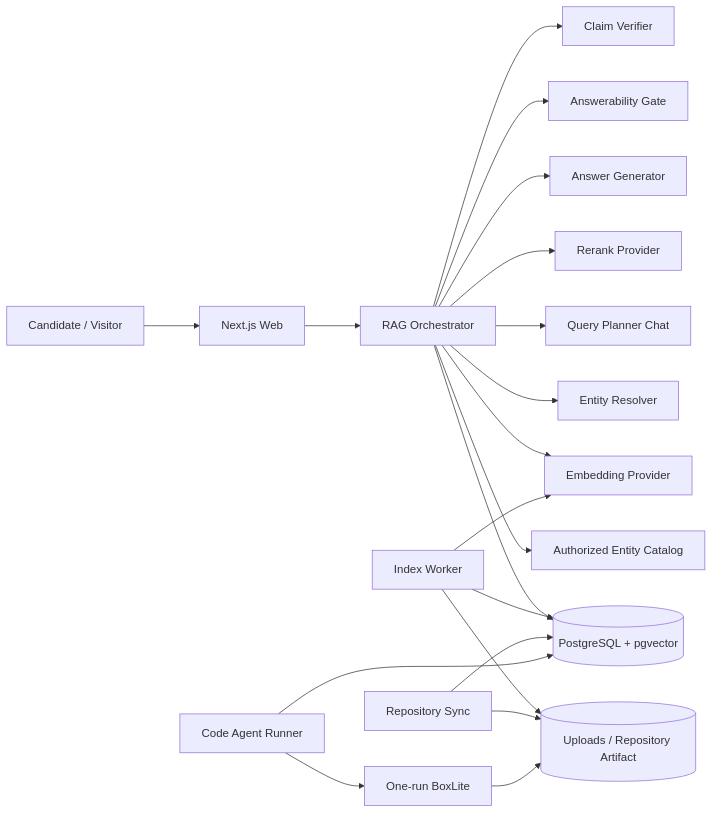
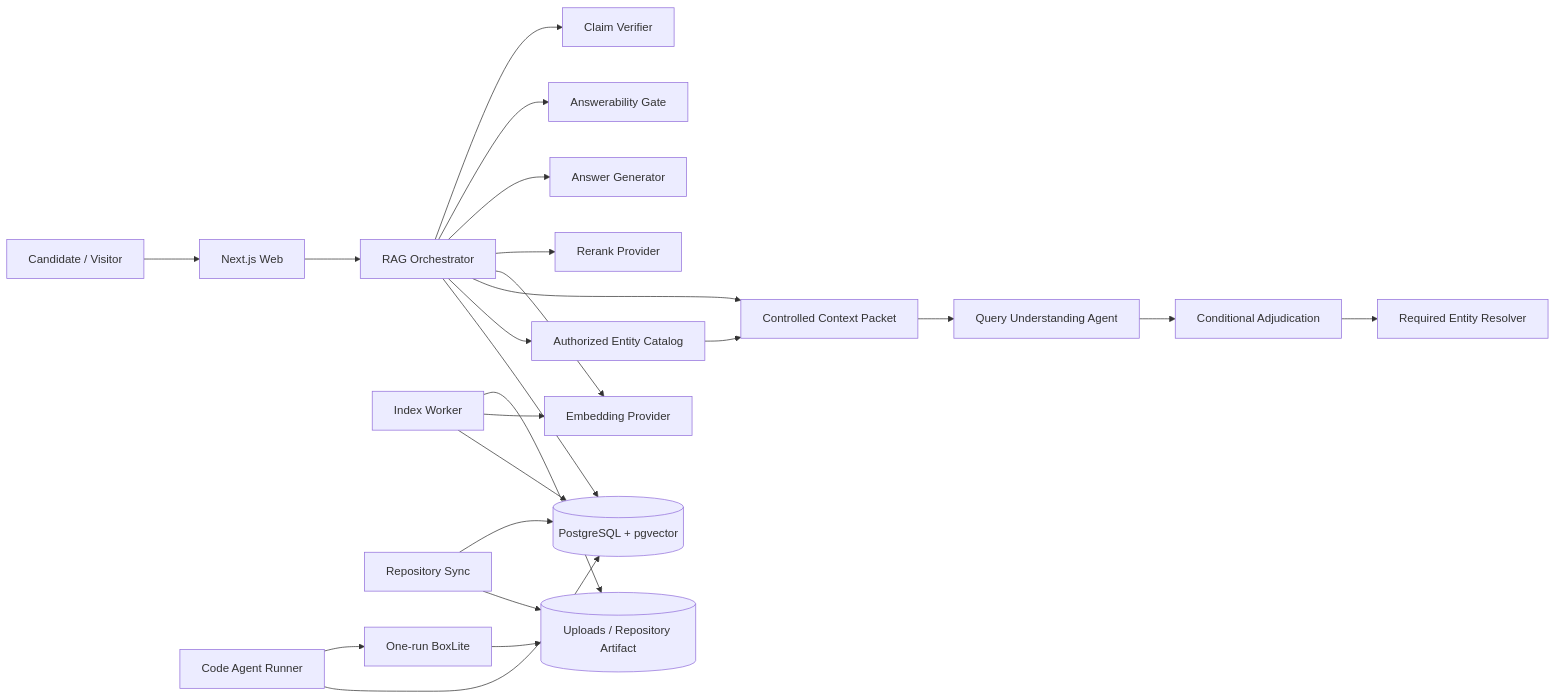
One commit to monshunter/askme changed the first of 3 diagrams in docs/architecture/DESIGN-005.md. Above: the diagram before and after it, drawn with Mermaid. The commit also changed other lines of this file and 48 other files, not shown here.

````diff
--- a/docs/architecture/DESIGN-005.md
+++ b/docs/architecture/DESIGN-005.md
@@ -55,22 +60,25 @@
 ```mermaid
 flowchart LR
   C["Candidate / Visitor"] --> W["Next.js Web"]
   W --> O["RAG Orchestrator"]
   O --> P[("PostgreSQL + pgvector")]
   O --> EC["Authorized Entity Catalog"]
-  O --> ER["Entity Resolver"]
-  O --> QP["Query Planner Chat"]
+  O --> QC["Controlled Context Packet"]
+  EC --> QC
+  QC --> QUA["Query Understanding Agent"]
+  QUA --> QADJ["Conditional Adjudication"]
+  QADJ --> ER["Required Entity Resolver"]
   O --> E["Embedding Provider"]
   O --> RR["Rerank Provider"]
   O --> AG["Answer Generator"]
   O --> AJ["Answerability Gate"]
   O --> CV["Claim Verifier"]
   IW["Index Worker"] --> P
   IW --> E
   IW --> FS[("Uploads / Repository Artifact")]
   RS["Repository Sync"] --> FS
   RS --> P
   DR["Code Agent Runner"] --> P
   DR --> BX["One-run BoxLite"]
   BX --> FS
 ```
````
